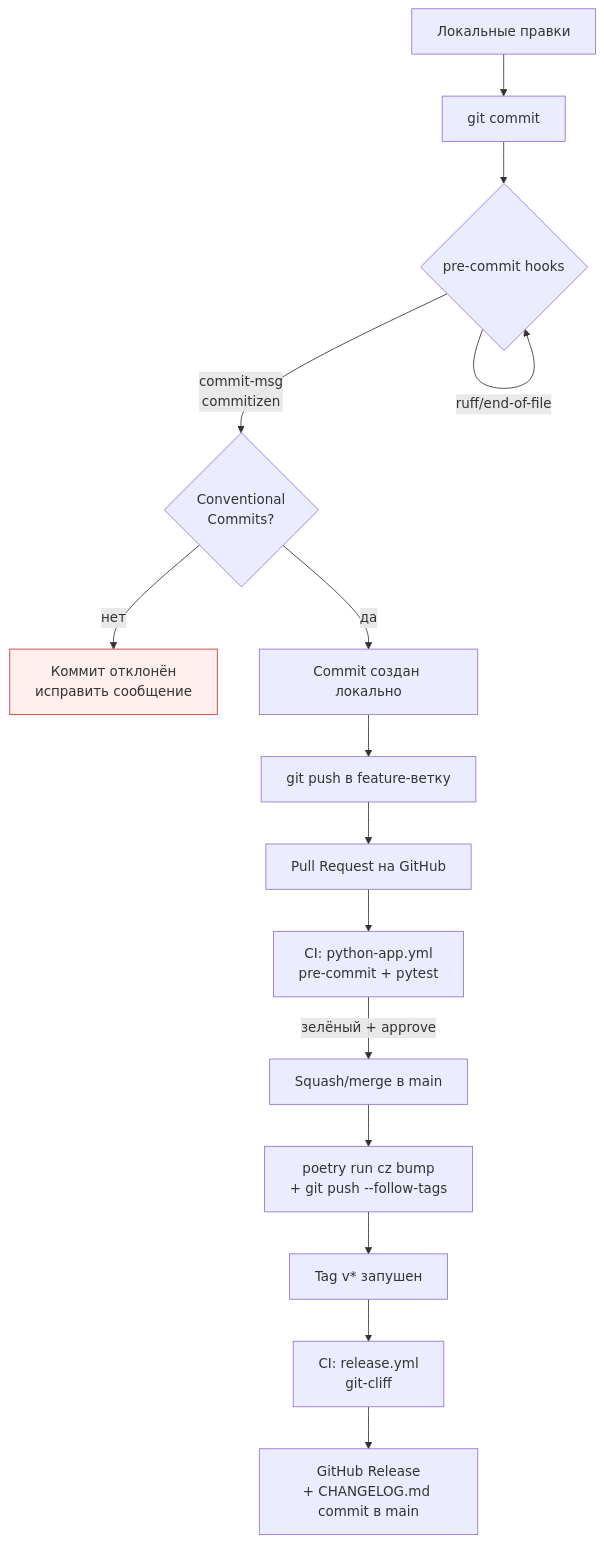
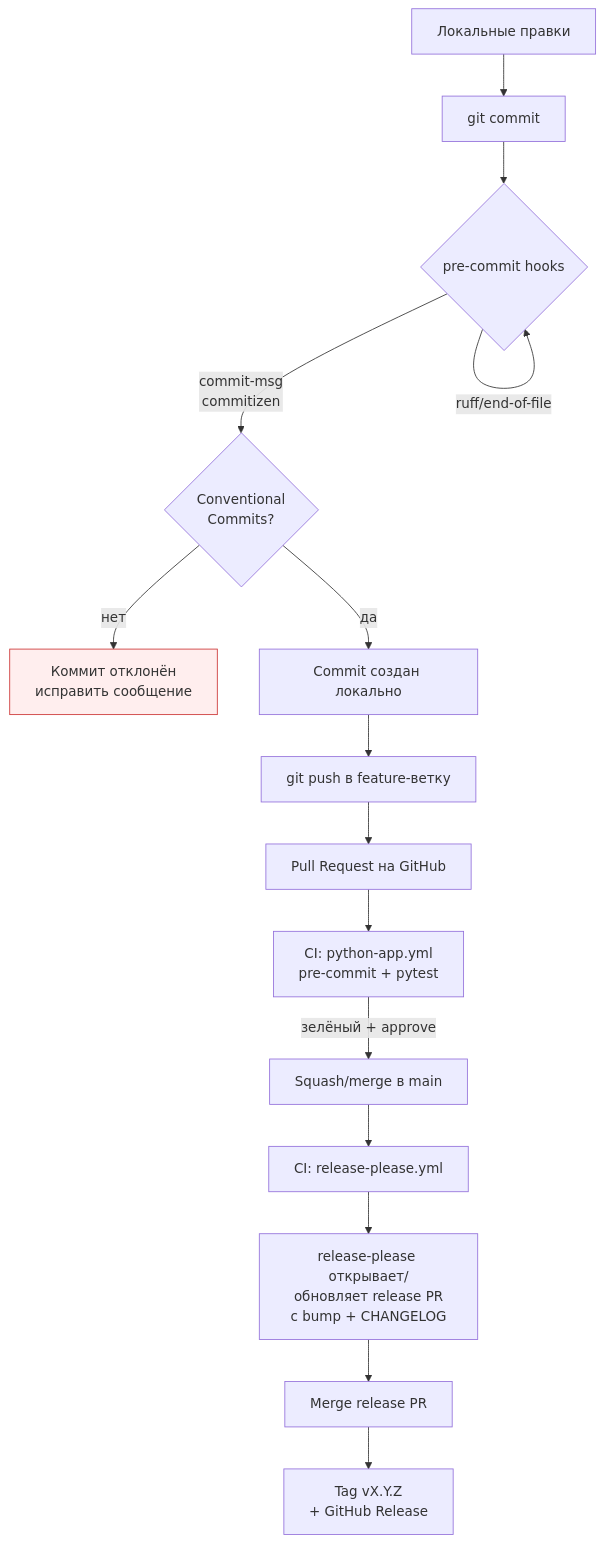
One commit to k0te1ch/python-template changed the first of 9 diagrams in docs/WORKFLOW.md. Above: the diagram before and after it, drawn with Mermaid. The commit also changed other lines of this file and 7 other files, not shown here.

Commit message:
ci: migrate release automation to release-please (#3)

````diff
--- a/docs/WORKFLOW.md
+++ b/docs/WORKFLOW.md
@@ -14,20 +14,20 @@
 ```mermaid
 flowchart TD
     A[Локальные правки] --> B[git commit]
     B --> C{pre-commit hooks}
     C -- ruff/end-of-file --> C
     C -- commit-msg<br/>commitizen --> D{Conventional<br/>Commits?}
     D -- нет --> X[Коммит отклонён<br/>исправить сообщение]
     D -- да --> E[Commit создан локально]
     E --> F[git push в feature-ветку]
     F --> G[Pull Request на GitHub]
     G --> H[CI: python-app.yml<br/>pre-commit + pytest]
     H -- зелёный + approve --> I[Squash/merge в main]
-    I --> J[poetry run cz bump<br/>+ git push --follow-tags]
-    J --> K[Tag v* запушен]
-    K --> L[CI: release.yml<br/>git-cliff]
-    L --> M[GitHub Release<br/>+ CHANGELOG.md commit в main]
+    I --> J[CI: release-please.yml]
+    J --> K[release-please открывает/<br/>обновляет release PR<br/>с bump + CHANGELOG]
+    K --> L[Merge release PR]
+    L --> M[Tag vX.Y.Z<br/>+ GitHub Release]
 
     classDef bad fill:#fee,stroke:#c33;
     class X bad;
 ```
````
